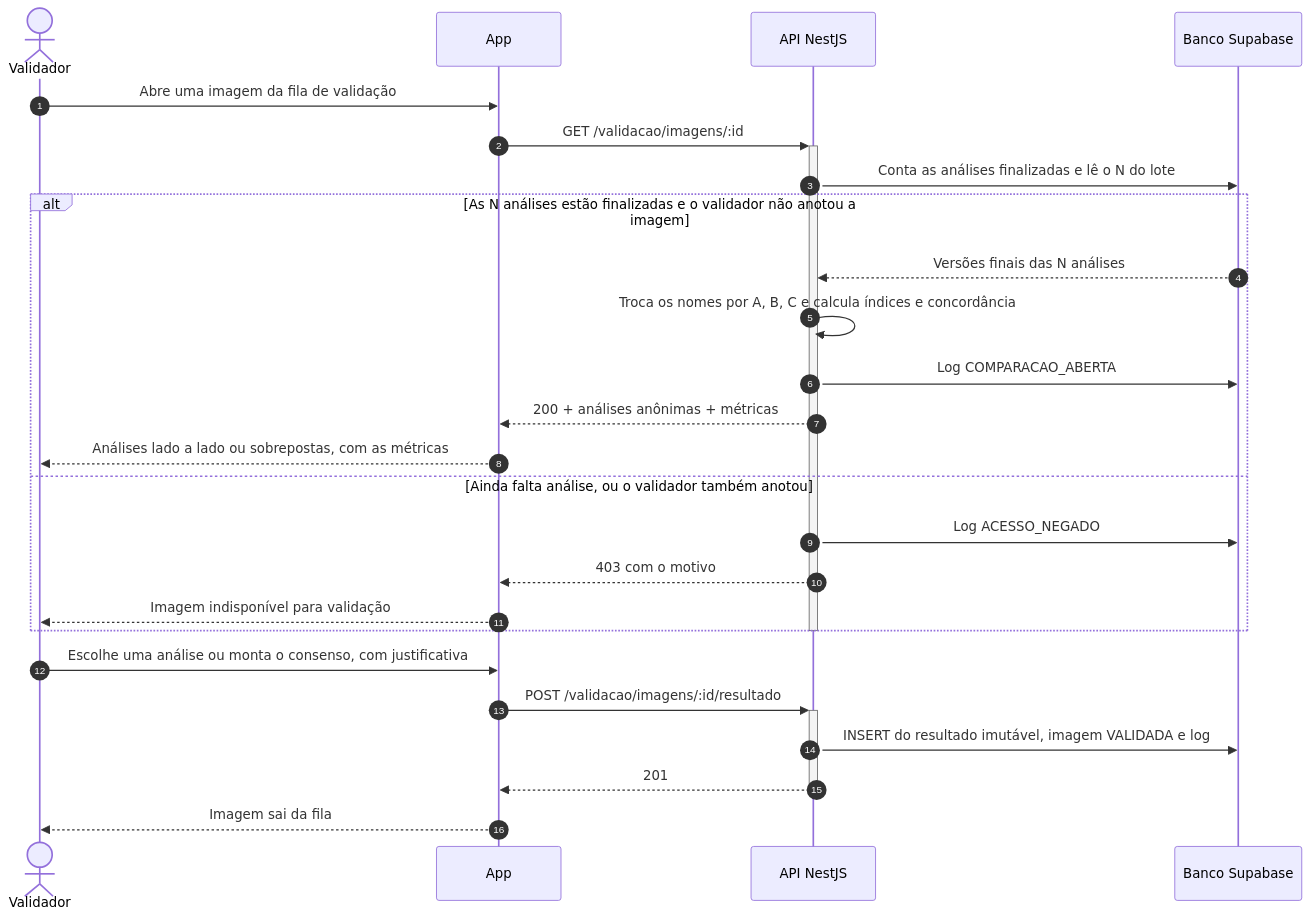
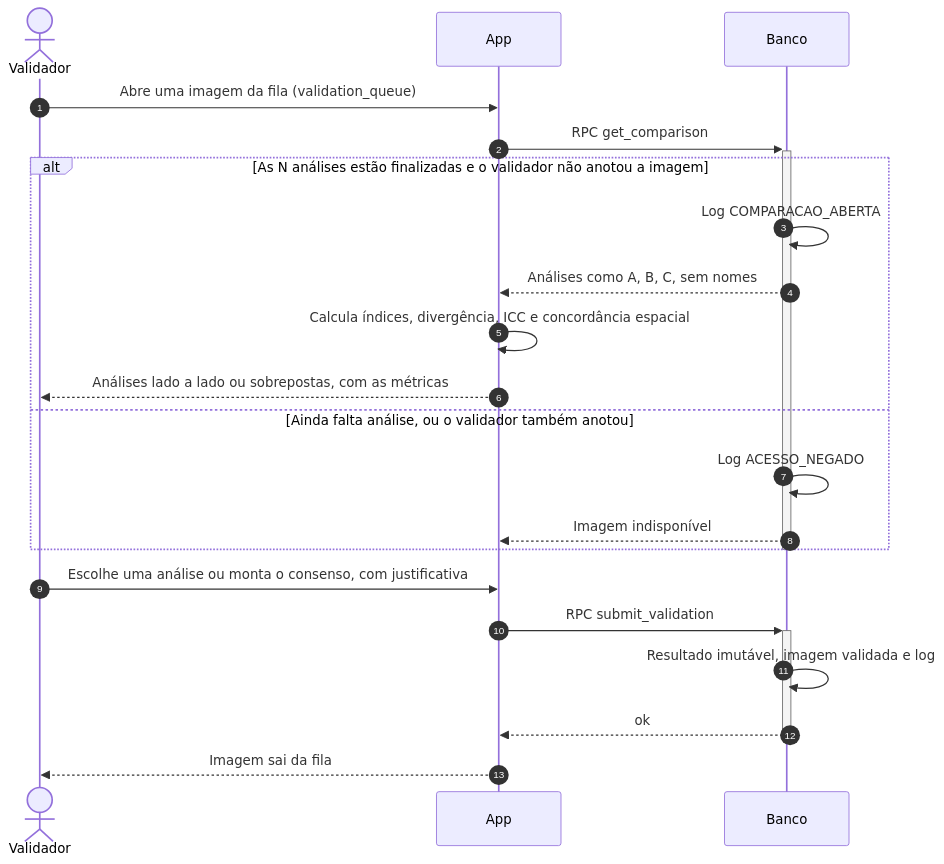
One commit to Matheus-Lordron/ki67 changed the ninth of 13 diagrams in docs/02-arquitetura.md. Above: the diagram before and after it, drawn with Mermaid. The commit also changed other lines of this file and 116 other files, not shown here.

First line of the commit message:
feat: migra o Segmenta Studio Ki-67 para Expo + Supabase

````diff
--- a/docs/02-arquitetura.md
+++ b/docs/02-arquitetura.md
@@ -375,31 +377,27 @@
 ```mermaid
 sequenceDiagram
     autonumber
     actor V as Validador
     participant App
-    participant API as API NestJS
-    participant DB as Banco Supabase
+    participant DB as Banco
 
-    V->>App: Abre uma imagem da fila de validação
-    App->>+API: GET /validacao/imagens/:id
-    API->>DB: Conta as análises finalizadas e lê o N do lote
+    V->>App: Abre uma imagem da fila (validation_queue)
+    App->>+DB: RPC get_comparison
     alt As N análises estão finalizadas e o validador não anotou a imagem
-        DB-->>API: Versões finais das N análises
-        API->>API: Troca os nomes por A, B, C e calcula índices e concordância
-        API->>DB: Log COMPARACAO_ABERTA
-        API-->>App: 200 + análises anônimas + métricas
+        DB->>DB: Log COMPARACAO_ABERTA
+        DB-->>App: Análises como A, B, C, sem nomes
+        App->>App: Calcula índices, divergência, ICC e concordância espacial
         App-->>V: Análises lado a lado ou sobrepostas, com as métricas
     else Ainda falta análise, ou o validador também anotou
-        API->>DB: Log ACESSO_NEGADO
-        API-->>App: 403 com o motivo
-        App-->>V: Imagem indisponível para validação
+        DB->>DB: Log ACESSO_NEGADO
+        DB-->>App: Imagem indisponível
     end
-    deactivate API
+    deactivate DB
 
     V->>App: Escolhe uma análise ou monta o consenso, com justificativa
-    App->>+API: POST /validacao/imagens/:id/resultado
-    API->>DB: INSERT do resultado imutável, imagem VALIDADA e log
-    API-->>App: 201
-    deactivate API
+    App->>+DB: RPC submit_validation
+    DB->>DB: Resultado imutável, imagem validada e log
+    DB-->>App: ok
+    deactivate DB
     App-->>V: Imagem sai da fila
 ```
````
